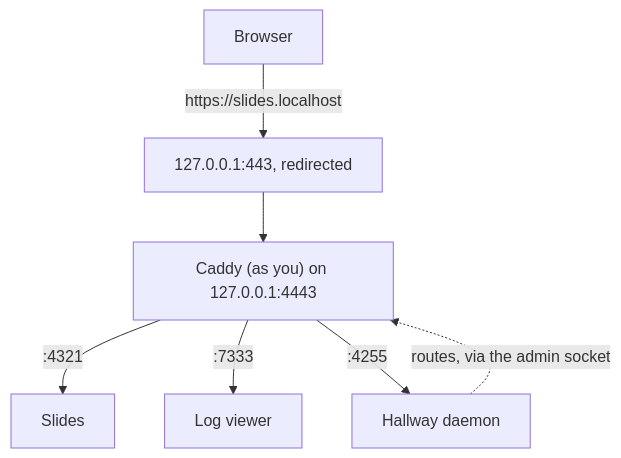
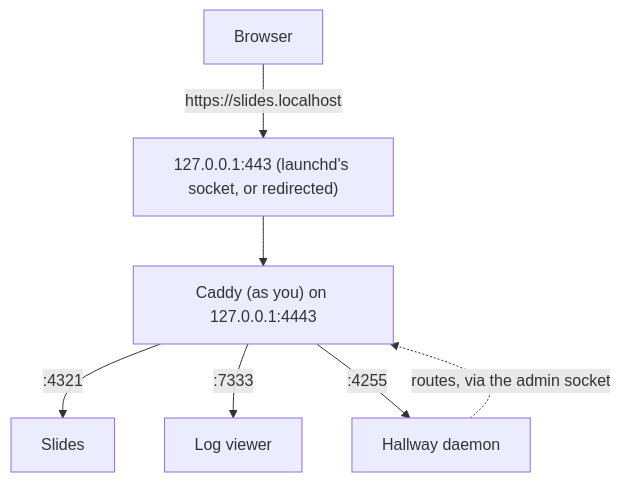
Before and after one commit to edspencer/hallway: the diagram in website/src/content/docs/concepts/modes.md, drawn with Mermaid. The commit also changed other lines of this file and 17 other files, not shown here.

````diff
--- a/website/src/content/docs/concepts/modes.md
+++ b/website/src/content/docs/concepts/modes.md
@@ -28,9 +29,9 @@
 ```mermaid
 flowchart TB
-  B["Browser"] -- "https://slides.localhost" --> R["127.0.0.1:443, redirected"]
+  B["Browser"] -- "https://slides.localhost" --> R["127.0.0.1:443 (launchd's socket, or redirected)"]
   R --> C["Caddy (as you) on 127.0.0.1:4443"]
   C -- ":4321" --> S["Slides"]
   C -- ":7333" --> L["Log viewer"]
   C -- ":4255" --> H["Hallway daemon"]
   H -. "routes, via the admin socket" .-> C
 ```
````
